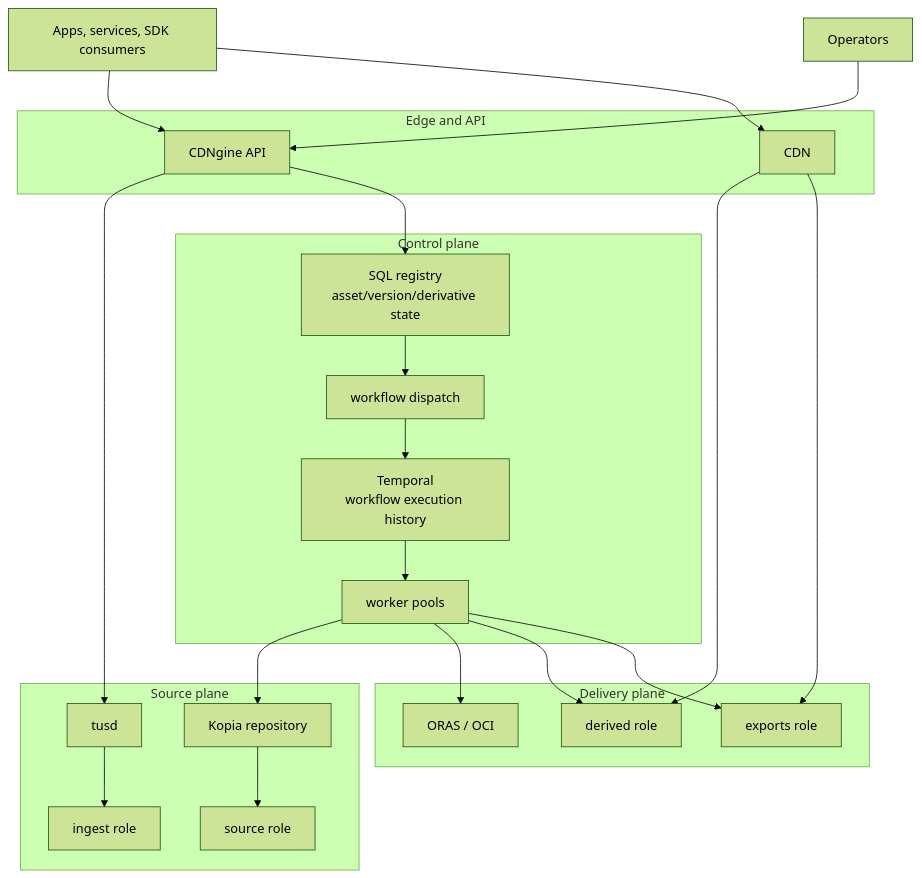
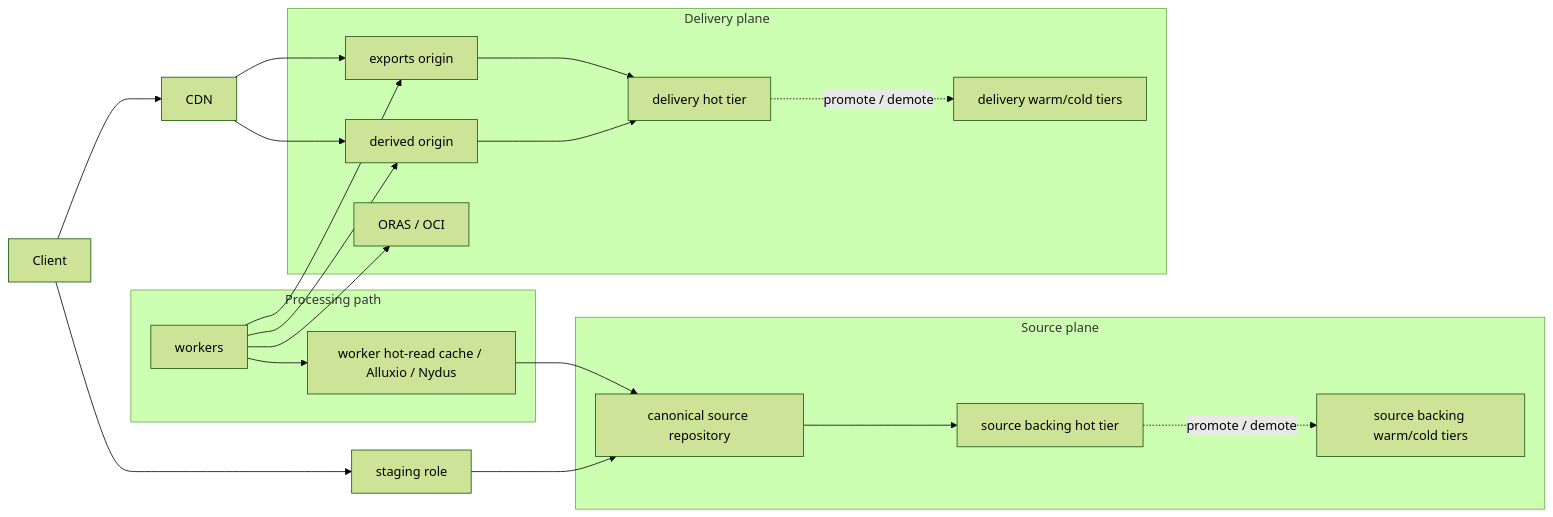
One commit to Yeusepe/cdngine changed the second of 10 diagrams in docs/architecture.md. Above: the diagram before and after it, drawn with Mermaid (forest theme). The commit also changed other lines of this file and 18 other files, not shown here.

First line of the commit message:
Restructure docs: architecture & lifecycle

````diff
--- a/docs/architecture.md
+++ b/docs/architecture.md
@@ -176,44 +96,35 @@
 ```mermaid
-flowchart TB
-    subgraph Edge["Edge and API"]
-        API["CDNgine API"]
-        CDN["CDN"]
+flowchart LR
+    Client["Client"] --> Stage["staging role"]
+    Stage --> SourceRepo["canonical source repository"]
+
+    subgraph SourcePlane["Source plane"]
+        SourceRepo --> SourceHot["source backing hot tier"]
+        SourceHot -. promote / demote .-> SourceCold["source backing warm/cold tiers"]
     end
 
-    subgraph Control["Control plane"]
-        Registry["SQL registry\nasset/version/derivative state"]
-        Starter["workflow dispatch"]
-        Temporal["Temporal\nworkflow execution history"]
-        Workers["worker pools"]
+    subgraph Processing["Processing path"]
+        WorkerCache["worker hot-read cache / Alluxio / Nydus"]
+        Workers["workers"]
+        WorkerCache --> SourceRepo
+        Workers --> WorkerCache
     end
 
-    subgraph Source["Source plane"]
-        Ingest["tusd"]
-        IngestStore["ingest role"]
-        SourceRepo["Kopia repository"]
-        SourceBacking["source role"]
+    subgraph DeliveryPlane["Delivery plane"]
+        Derived["derived origin"]
+        Exports["exports origin"]
+        OCI["ORAS / OCI"]
+        DeliveryHot["delivery hot tier"]
+        DeliveryCold["delivery warm/cold tiers"]
+        Derived --> DeliveryHot
+        Exports --> DeliveryHot
+        DeliveryHot -. promote / demote .-> DeliveryCold
     end
 
-    subgraph Delivery["Delivery plane"]
-        ArtifactGraph["ORAS / OCI"]
-        Derived["derived role"]
-        Exports["exports role"]
-    end
-
-    Users["Apps, services, SDK consumers"] --> API
-    Ops["Operators"] --> API
-    API --> Ingest
-    API --> Registry
-    Registry --> Starter
-    Starter --> Temporal
-    Temporal --> Workers
-    Ingest --> IngestStore
-    Workers --> SourceRepo
-    SourceRepo --> SourceBacking
-    Workers --> ArtifactGraph
     Workers --> Derived
     Workers --> Exports
-    Users --> CDN
+    Workers --> OCI
+    Client --> CDN["CDN"]
     CDN --> Derived
     CDN --> Exports
 ```
````
